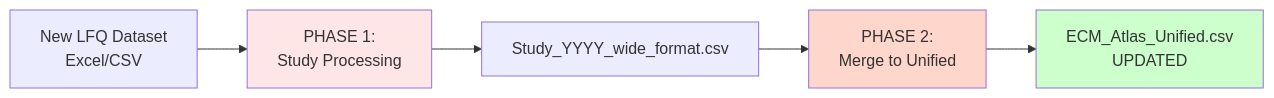
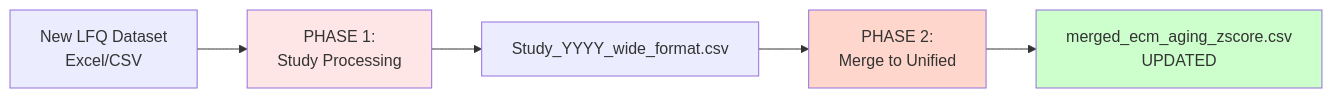
The diagram in 11_subagent_for_LFQ_ingestion/01_LFQ_DATASET_NORMALIZATION_AND_MERGE.md (raimbetov/ecm-atlas), drawn with Mermaid before and after one commit. The commit also changed other lines of this file and 8 other files, not shown here.

````diff
--- a/11_subagent_for_LFQ_ingestion/01_LFQ_DATASET_NORMALIZATION_AND_MERGE.md
+++ b/11_subagent_for_LFQ_ingestion/01_LFQ_DATASET_NORMALIZATION_AND_MERGE.md
@@ -15,11 +15,11 @@
 ```mermaid
 graph LR
     A[New LFQ Dataset<br/>Excel/CSV] --> B[PHASE 1:<br/>Study Processing]
     B --> C[Study_YYYY_wide_format.csv]
     C --> D[PHASE 2:<br/>Merge to Unified]
-    D --> E[ECM_Atlas_Unified.csv<br/>UPDATED]
+    D --> E[merged_ecm_aging_zscore.csv<br/>UPDATED]
 
     style B fill:#ffe6e6
     style D fill:#ffd6cc
     style E fill:#ccffcc
 ```
````
